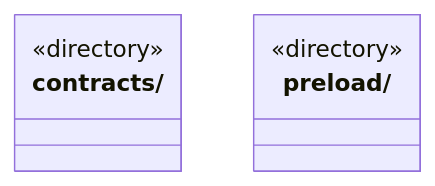
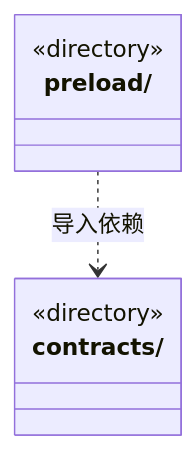
Before and after one commit to nan023062/cbim: the diagram in src/bridge/ARCHITECTURE.md, drawn with Mermaid. The commit also changed other lines of this file and 34 other files, not shown here.

````diff
--- a/src/bridge/ARCHITECTURE.md
+++ b/src/bridge/ARCHITECTURE.md
@@ -15,9 +15,10 @@
 ```mermaid
 classDiagram
 class N_src_bridge_contracts["contracts/"] {
   <<directory>>
 }
 class N_src_bridge_preload["preload/"] {
   <<directory>>
 }
+N_src_bridge_preload ..> N_src_bridge_contracts : 导入依赖
 ```
````
